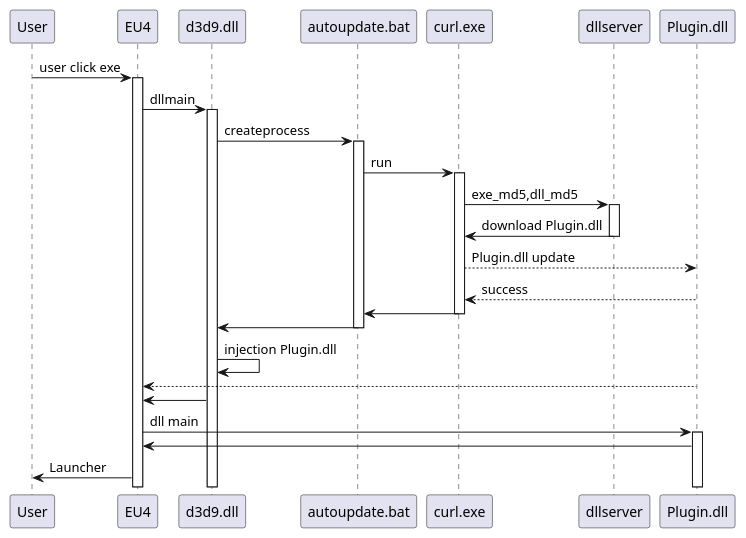
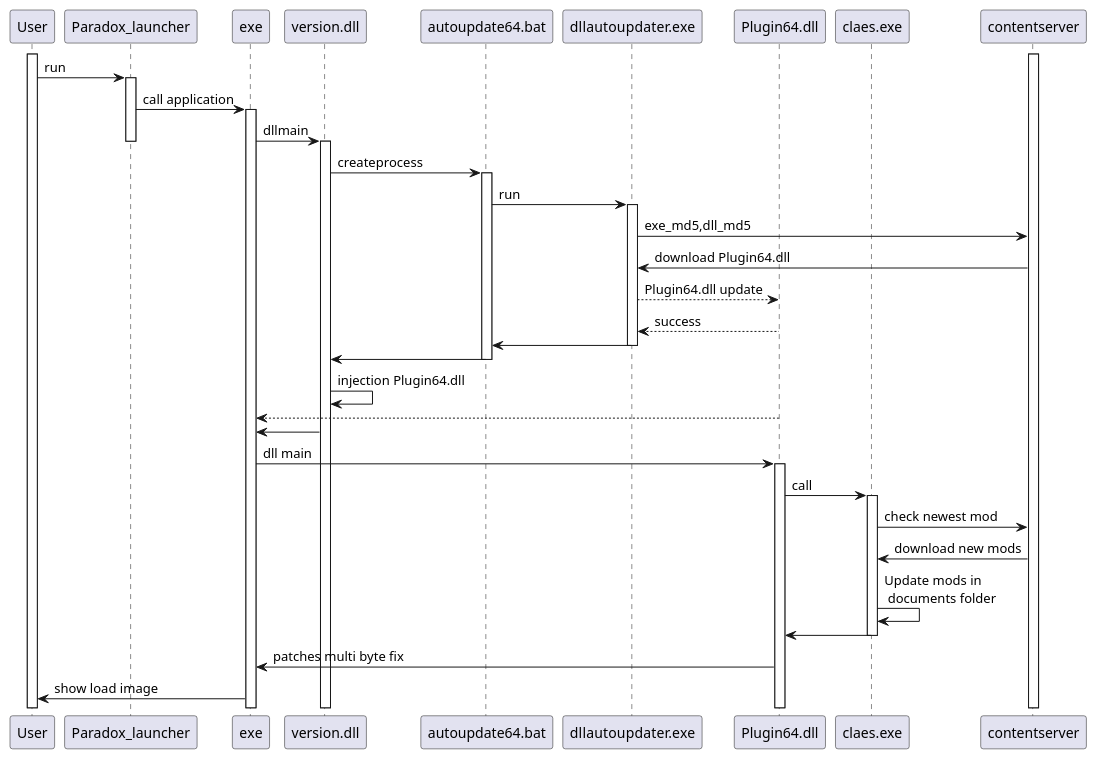
Before and after one commit to matanki-saito/dlldistributionserver: the diagram in Resource/README.img1.puml, drawn with PlantUML. The commit also changed 1 other file, not shown here.

Commit message:
図を修正 ***NO_CI***
 - https://github.com/matanki-saito/dlldistributionserver/issues/102

```diff
--- a/Resource/README.img1.puml
+++ b/Resource/README.img1.puml
@@ -1,47 +1,74 @@
 @startuml
 
-User -> EU4: user click exe
+participant User
+participant Paradox_launcher
+participant exe
+participant version.dll
+participant autoupdate64.bat
+participant dllautoupdater.exe
+participant Plugin64.dll
+participant claes.exe
+participant contentserver
 
-activate EU4
-EU4 -> d3d9.dll: dllmain
+activate contentserver
 
-activate d3d9.dll
-d3d9.dll -> autoupdate.bat : createprocess
+activate User
+User -> Paradox_launcher: run
 
-activate autoupdate.bat
-autoupdate.bat -> curl.exe : run
+activate Paradox_launcher
+Paradox_launcher -> exe: call application
 
-activate curl.exe
-curl.exe -> dllserver : exe_md5,dll_md5
+activate exe
+exe -> version.dll: dllmain
 
-activate dllserver
+deactivate Paradox_launcher
 
-curl.exe <- dllserver : download Plugin.dll
+activate version.dll
+version.dll -> autoupdate64.bat : createprocess
 
-deactivate dllserver
+activate autoupdate64.bat
+autoupdate64.bat -> dllautoupdater.exe : run
 
-curl.exe --> Plugin.dll : Plugin.dll update
-curl.exe <-- Plugin.dll : success
+activate dllautoupdater.exe
+dllautoupdater.exe -> contentserver : exe_md5,dll_md5
 
-autoupdate.bat <- curl.exe
-deactivate curl.exe
+dllautoupdater.exe <- contentserver : download Plugin64.dll
 
-d3d9.dll <- autoupdate.bat
-deactivate autoupdate.bat
+dllautoupdater.exe --> Plugin64.dll : Plugin64.dll update
+dllautoupdater.exe <-- Plugin64.dll : success
 
-d3d9.dll -> d3d9.dll : injection Plugin.dll
+autoupdate64.bat <- dllautoupdater.exe
+deactivate dllautoupdater.exe
 
-EU4 <-- Plugin.dll
+version.dll <- autoupdate64.bat
+deactivate autoupdate64.bat
 
-EU4 <- d3d9.dll
+version.dll -> version.dll : injection Plugin64.dll
+
+exe <-- Plugin64.dll
+
+exe <- version.dll
+
+exe -> Plugin64.dll : dll main
+activate Plugin64.dll
+
+Plugin64.dll -> claes.exe : call
+
+activate claes.exe
+claes.exe -> contentserver : check newest mod
+
+claes.exe <- contentserver : download new mods
+
+claes.exe -> claes.exe : Update mods in\n documents folder
+
+Plugin64.dll <- claes.exe
+
+deactivate claes.exe
 
 
-EU4 -> Plugin.dll : dll main
-activate Plugin.dll
-EU4 <- Plugin.dll
+exe <- Plugin64.dll: patches multi byte fix
 
-User <-  EU4 : Launcher
-
+User <- exe : show load image
 
 
 @enduml
```
